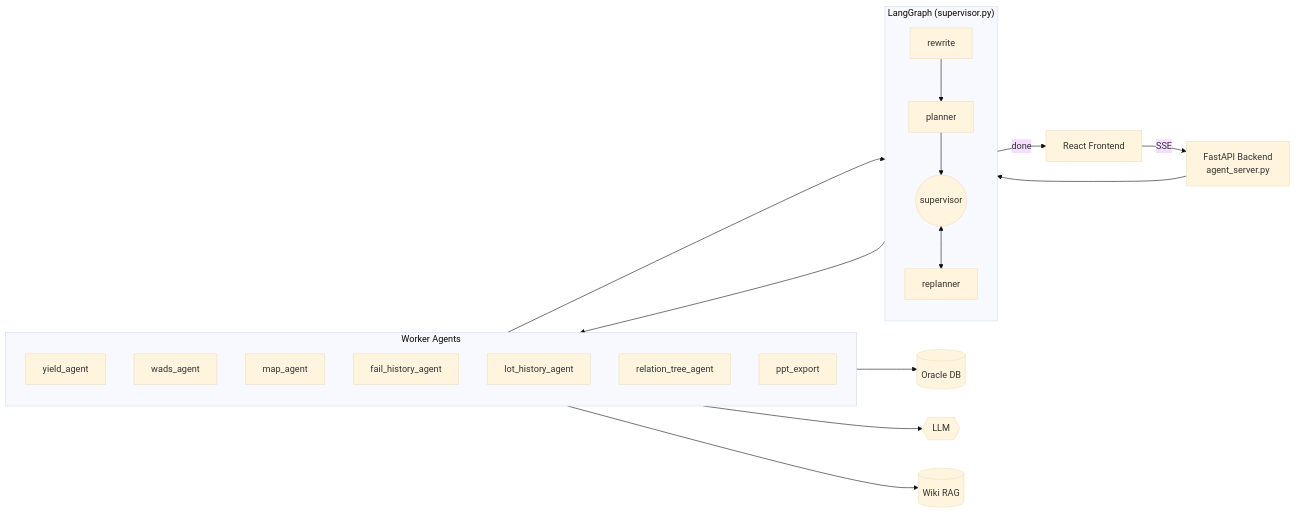
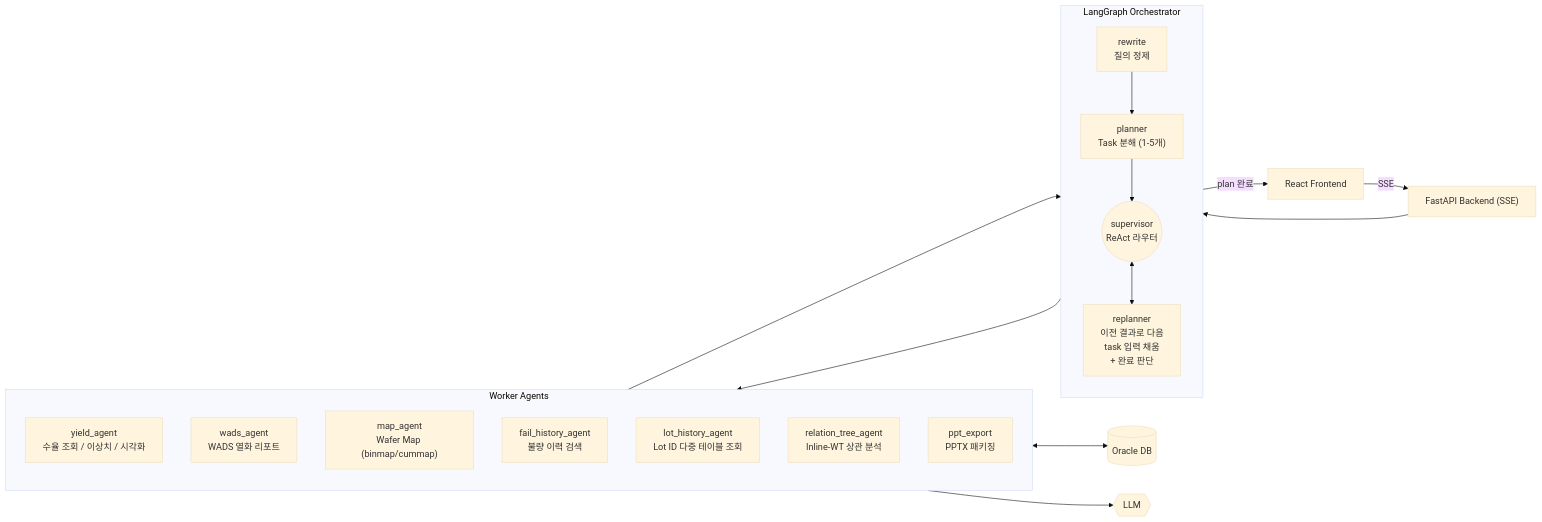
Before and after one commit to dorothy90/map_agent: the diagram in docs/agent_architecture.md, drawn with Mermaid (base theme). The commit also changed other lines of this file and 2 other files, not shown here.

First line of the commit message:
docs: refine architecture diagram (drop wiki, bidi DB, add replanner detail)

````diff
--- a/docs/agent_architecture.md
+++ b/docs/agent_architecture.md
@@ -11,35 +11,37 @@
 ```mermaid
 flowchart LR
     FE["React Frontend"]
-    API["FastAPI Backend<br/>agent_server.py"]
+    API["FastAPI Backend (SSE)"]
 
-    subgraph GRAPH["LangGraph (supervisor.py)"]
+    subgraph GRAPH["LangGraph Orchestrator"]
         direction TB
-        RW["rewrite"] --> PL["planner"] --> SV(("supervisor"))
-        SV <--> RP["replanner"]
+        RW["rewrite<br/>질의 정제"]
+        PL["planner<br/>Task 분해 (1-5개)"]
+        SV(("supervisor<br/>ReAct 라우터"))
+        RP["replanner<br/>이전 결과로 다음<br/>task 입력 채움<br/>+ 완료 판단"]
+        RW --> PL --> SV
+        SV <--> RP
     end
 
     subgraph WORKERS["Worker Agents"]
         direction TB
-        YA["yield_agent"]
-        WA["wads_agent"]
-        MA["map_agent"]
-        FA["fail_history_agent"]
-        LA["lot_history_agent"]
-        RA["relation_tree_agent"]
-        PA["ppt_export"]
+        YA["yield_agent<br/>수율 조회 / 이상치 / 시각화"]
+        WA["wads_agent<br/>WADS 열화 리포트"]
+        MA["map_agent<br/>Wafer Map (binmap/cummap)"]
+        FA["fail_history_agent<br/>불량 이력 검색"]
+        LA["lot_history_agent<br/>Lot ID 다중 테이블 조회"]
+        RA["relation_tree_agent<br/>Inline-WT 상관 분석"]
+        PA["ppt_export<br/>PPTX 패키징"]
     end
 
     DB[("Oracle DB")]
     LLM{{"LLM"}}
-    WIKI[("Wiki RAG")]
 
     FE -->|"SSE"| API --> GRAPH
     SV --> WORKERS
     WORKERS --> RP
-    RP -->|"done"| FE
+    RP -->|"plan 완료"| FE
 
-    WORKERS --> DB
+    WORKERS <--> DB
     WORKERS --> LLM
-    FA --> WIKI
 ```
````
